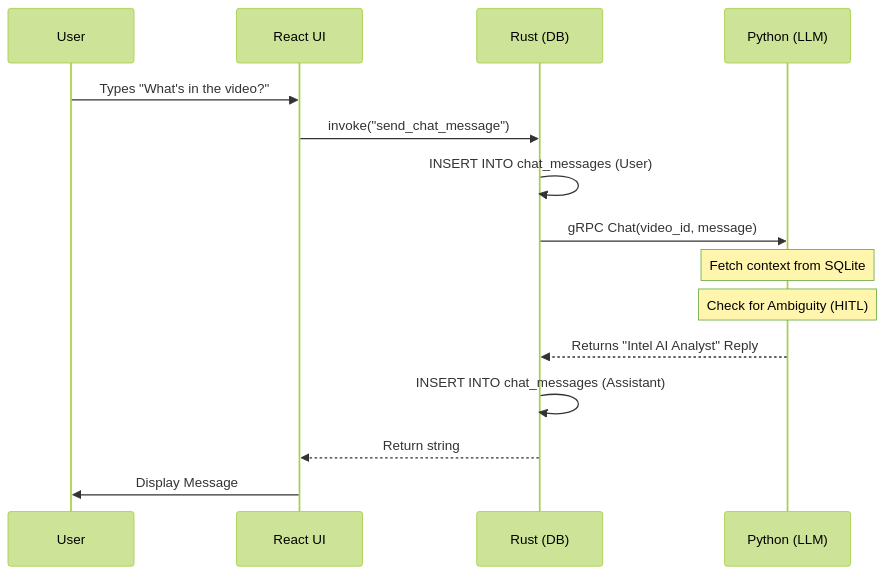
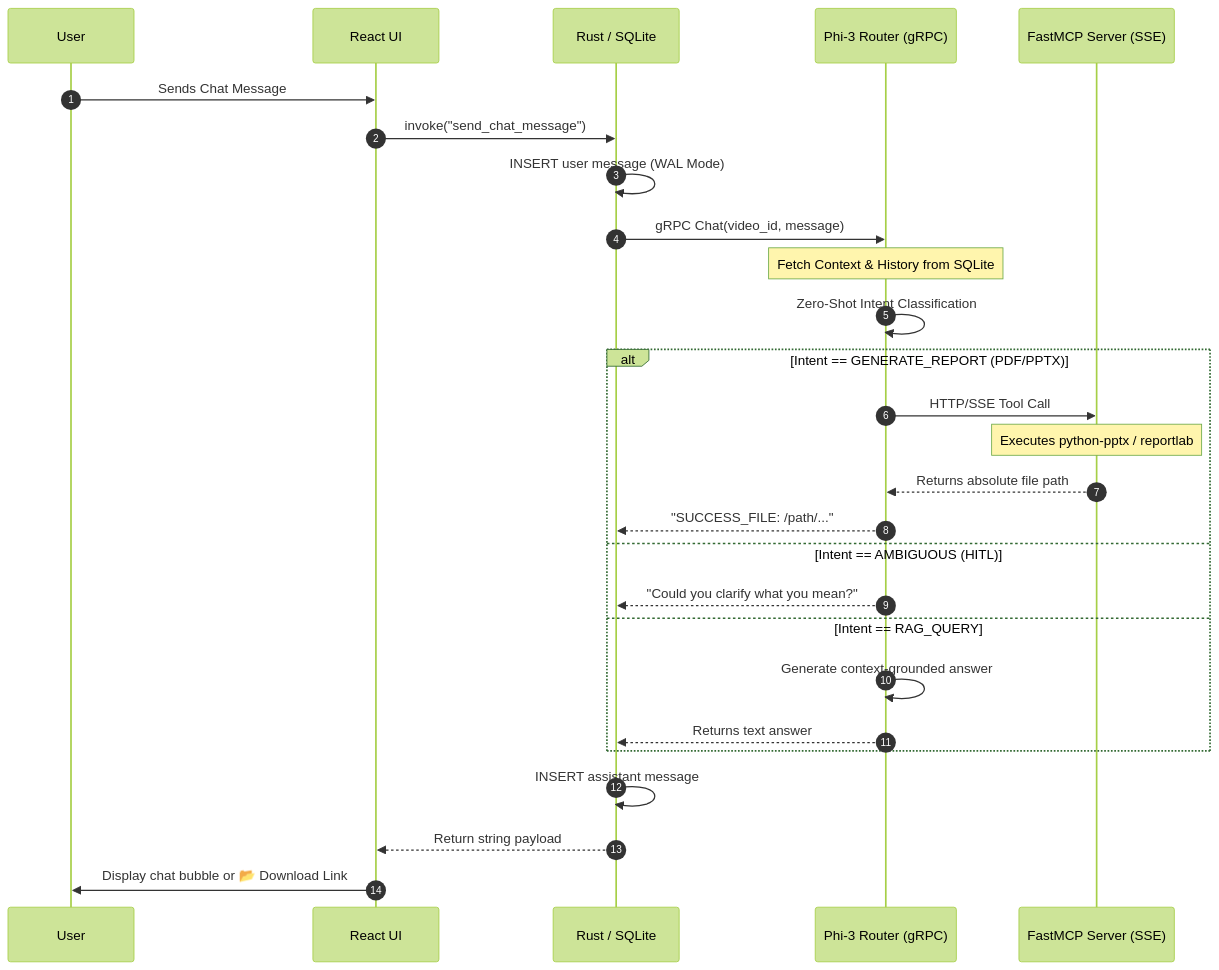
The diagram in docs/architecture/data-flow.md (mahmadza/Intel-VDA-OpenVINO), drawn with Mermaid (forest theme) before and after one commit. The commit also changed other lines of this file and 11 other files, not shown here.

````diff
--- a/docs/architecture/data-flow.md
+++ b/docs/architecture/data-flow.md
@@ -12,20 +25,35 @@
 ```mermaid
 sequenceDiagram
+    autonumber
     participant U as User
     participant UI as React UI
-    participant R as Rust (DB)
-    participant P as Python (LLM)
+    participant DB as Rust / SQLite
+    participant Router as Phi-3 Router (gRPC)
+    participant MCP as FastMCP Server (SSE)
 
-    U->>UI: Types "What's in the video?"
-    UI->>R: invoke("send_chat_message")
-    R->>R: INSERT INTO chat_messages (User)
-    R->>P: gRPC Chat(video_id, message)
+    U->>UI: Sends Chat Message
+    UI->>DB: invoke("send_chat_message")
+    DB->>DB: INSERT user message (WAL Mode)
+    DB->>Router: gRPC Chat(video_id, message)
     
-    Note over P: Fetch context from SQLite
-    Note over P: Check for Ambiguity (HITL)
+    Note over Router: Fetch Context & History from SQLite
+    Router->>Router: Zero-Shot Intent Classification
     
-    P-->>R: Returns "Intel AI Analyst" Reply
-    R->>R: INSERT INTO chat_messages (Assistant)
-    R-->>UI: Return string
-    UI->>U: Display Message
+    alt Intent == GENERATE_REPORT (PDF/PPTX)
+        Router->>MCP: HTTP/SSE Tool Call
+        Note over MCP: Executes python-pptx / reportlab
+        MCP-->>Router: Returns absolute file path
+        Router-->>DB: "SUCCESS_FILE: /path/..."
+        
+    else Intent == AMBIGUOUS (HITL)
+        Router-->>DB: "Could you clarify what you mean?"
+        
+    else Intent == RAG_QUERY
+        Router->>Router: Generate context-grounded answer
+        Router-->>DB: Returns text answer
+    end
+    
+    DB->>DB: INSERT assistant message
+    DB-->>UI: Return string payload
+    UI->>U: Display chat bubble or 📂 Download Link
 ```
````
